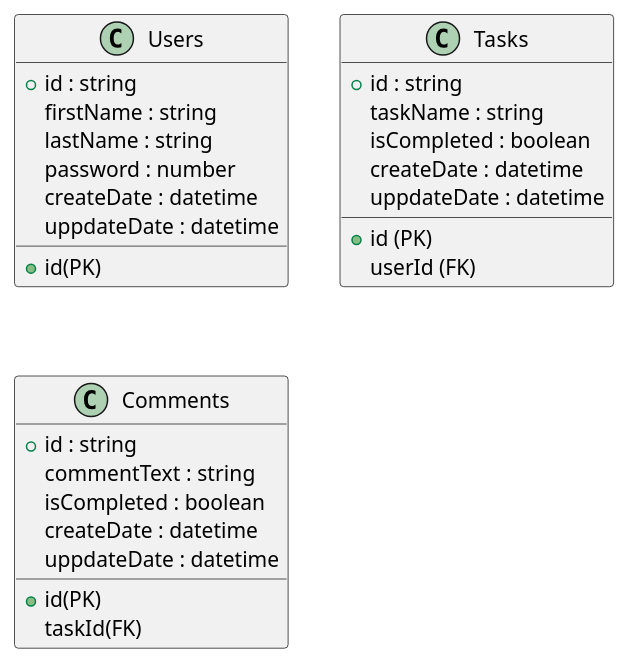
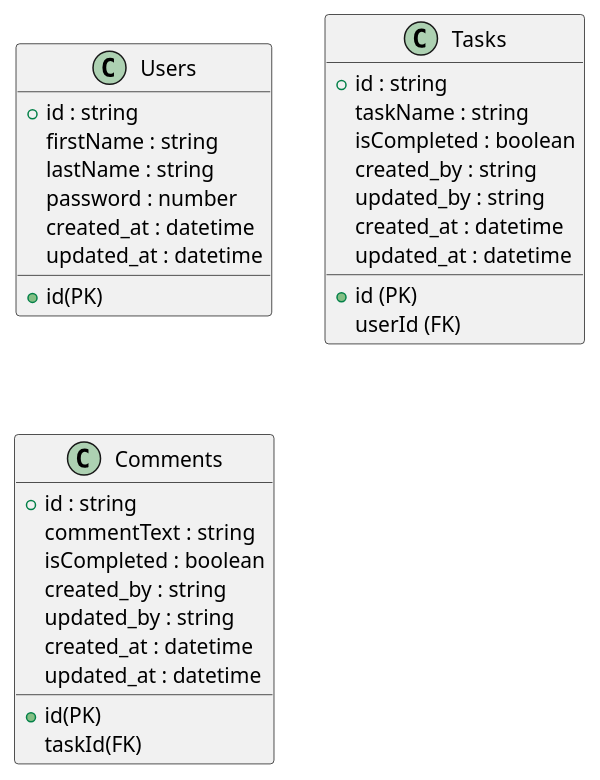
One commit to elabo-M0458/ts changed the diagram in ER図/tables.pu. Above: the diagram before and after it, drawn with PlantUML.

Commit message:
レビュー内容を対応。

```diff
--- a/ER図/tables.pu
+++ b/ER図/tables.pu
@@ -1,34 +1,38 @@
 @startuml
 class Users {
     +id : string
     firstName : string
     lastName : string
     password : number
-    createDate : datetime
-    uppdateDate : datetime
+    created_at : datetime
+    updated_at : datetime
 }
 
 Users : +id(PK)
 
 class Tasks {
     +id : string
     taskName : string
     isCompleted : boolean
-    createDate : datetime
-    uppdateDate : datetime
+    created_by : string
+    updated_by : string
+    created_at : datetime
+    updated_at : datetime
 }
 
 Tasks : +id (PK)
 Tasks : userId (FK)
 
 class Comments{
     +id : string
     commentText : string
     isCompleted : boolean
-    createDate : datetime
-    uppdateDate : datetime
+    created_by : string
+    updated_by : string
+    created_at : datetime
+    updated_at : datetime
 }
 
 Comments : +id(PK)
 Comments : taskId(FK)
 @enduml
```
